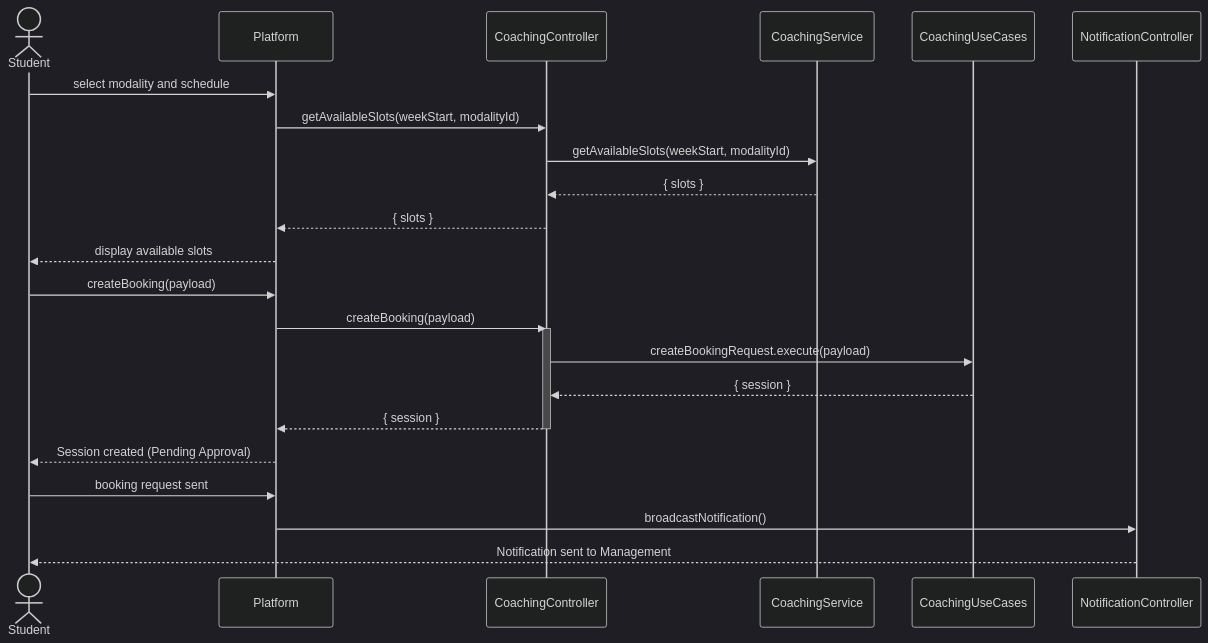
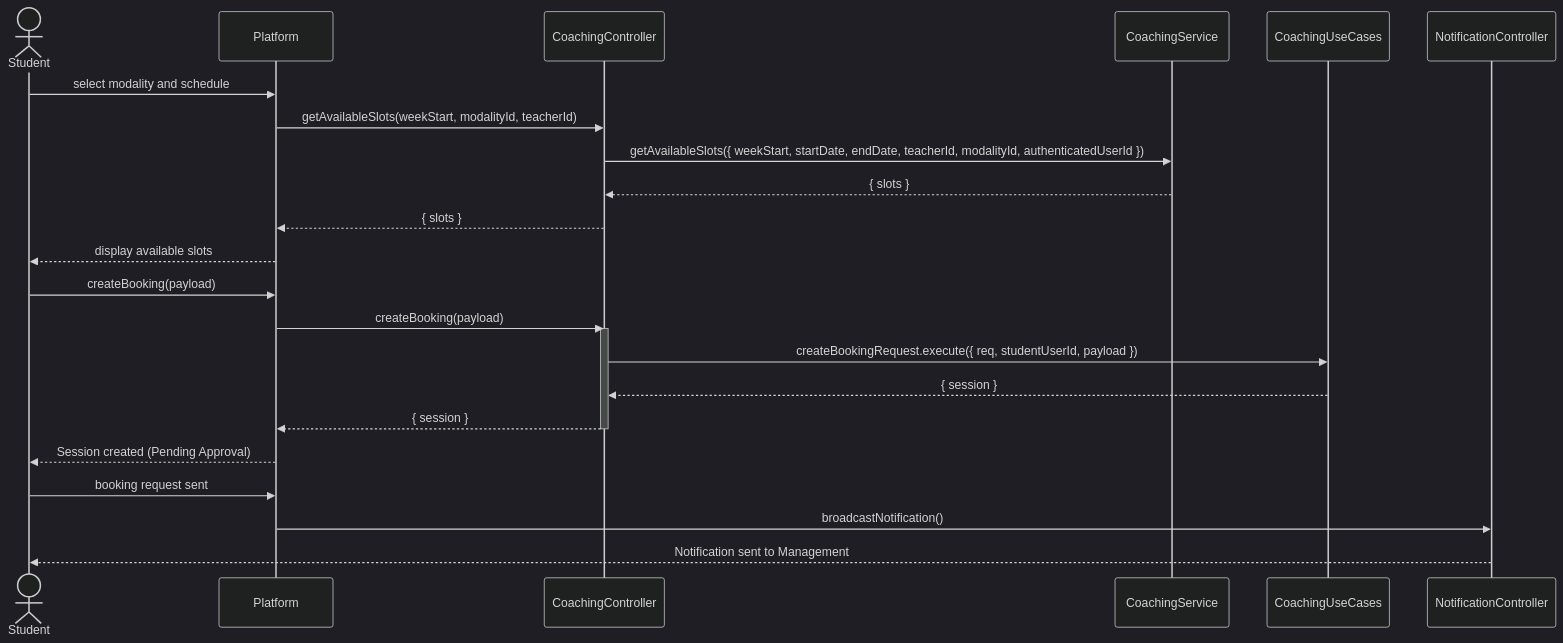
The second of 23 diagrams in diagrams/Sequence Diagram/sequencediagram.md (NovaLogic-Systems/gestArtes-docs), drawn with Mermaid (dark theme) before and after one commit. The commit also changed other lines of this file and 4 other files, not shown here.

````diff
--- a/diagrams/Sequence Diagram/sequencediagram.md
+++ b/diagrams/Sequence Diagram/sequencediagram.md
@@ -30,29 +30,29 @@
 ```mermaid
 sequenceDiagram
     actor Student
     participant Platform as Platform
     participant CoachingController as CoachingController
     participant CoachingService as CoachingService
     participant CoachingUseCases as CoachingUseCases
     participant NotificationController as NotificationController
 
     Student->>Platform: select modality and schedule
-    Platform->>CoachingController: getAvailableSlots(weekStart, modalityId)
-    CoachingController->>CoachingService: getAvailableSlots(weekStart, modalityId)
+    Platform->>CoachingController: getAvailableSlots(weekStart, modalityId, teacherId)
+    CoachingController->>CoachingService: getAvailableSlots({ weekStart, startDate, endDate, teacherId, modalityId, authenticatedUserId })
     CoachingService-->>CoachingController: { slots }
     CoachingController-->>Platform: { slots }
     Platform-->>Student: display available slots
 
     Student->>Platform: createBooking(payload)
     Platform->>CoachingController: createBooking(payload)
     activate CoachingController
-    CoachingController->>CoachingUseCases: createBookingRequest.execute(payload)
+    CoachingController->>CoachingUseCases: createBookingRequest.execute({ req, studentUserId, payload })
     CoachingUseCases-->>CoachingController: { session }
     CoachingController-->>Platform: { session }
     deactivate CoachingController
     Platform-->>Student: Session created (Pending Approval)
 
     Student->>Platform: booking request sent
     Platform->>NotificationController: broadcastNotification()
     NotificationController-->>Student: Notification sent to Management
 ```
````
